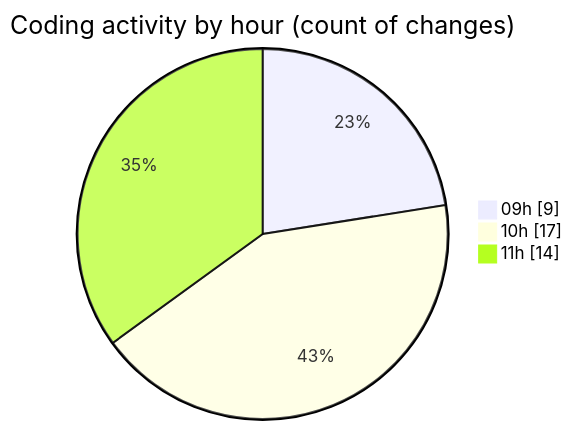
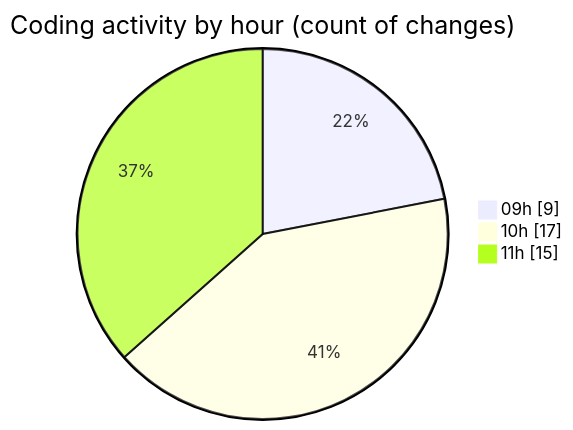
The second of 2 diagrams in 2025-05-08/cda/README.md (momahboobian/code-tracking), drawn with Mermaid before and after one commit. The commit also changed other lines of this file and 1 other file, not shown here.

````diff
--- a/2025-05-08/cda/README.md
+++ b/2025-05-08/cda/README.md
@@ -48,7 +48,7 @@
 ```mermaid
 pie showData
 title Coding activity by hour (count of changes)
 "09h" : 9
 "10h" : 17
-"11h" : 14
+"11h" : 15
 ```
````
